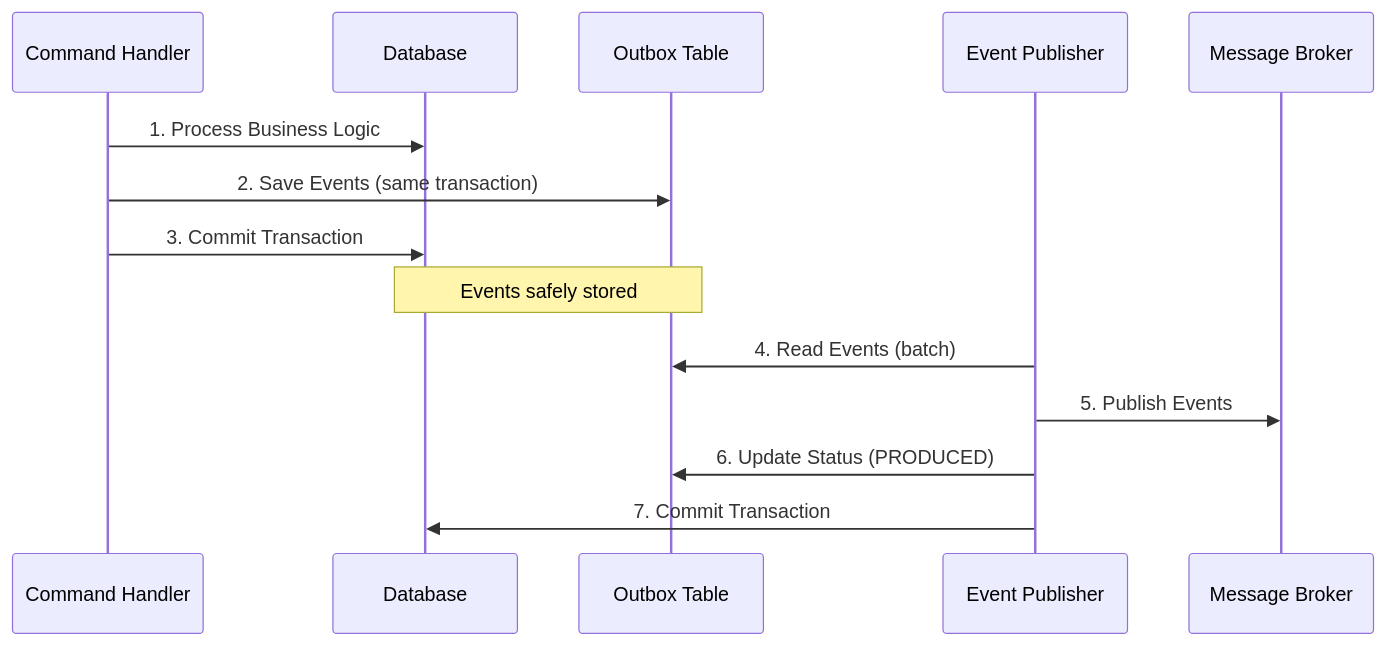
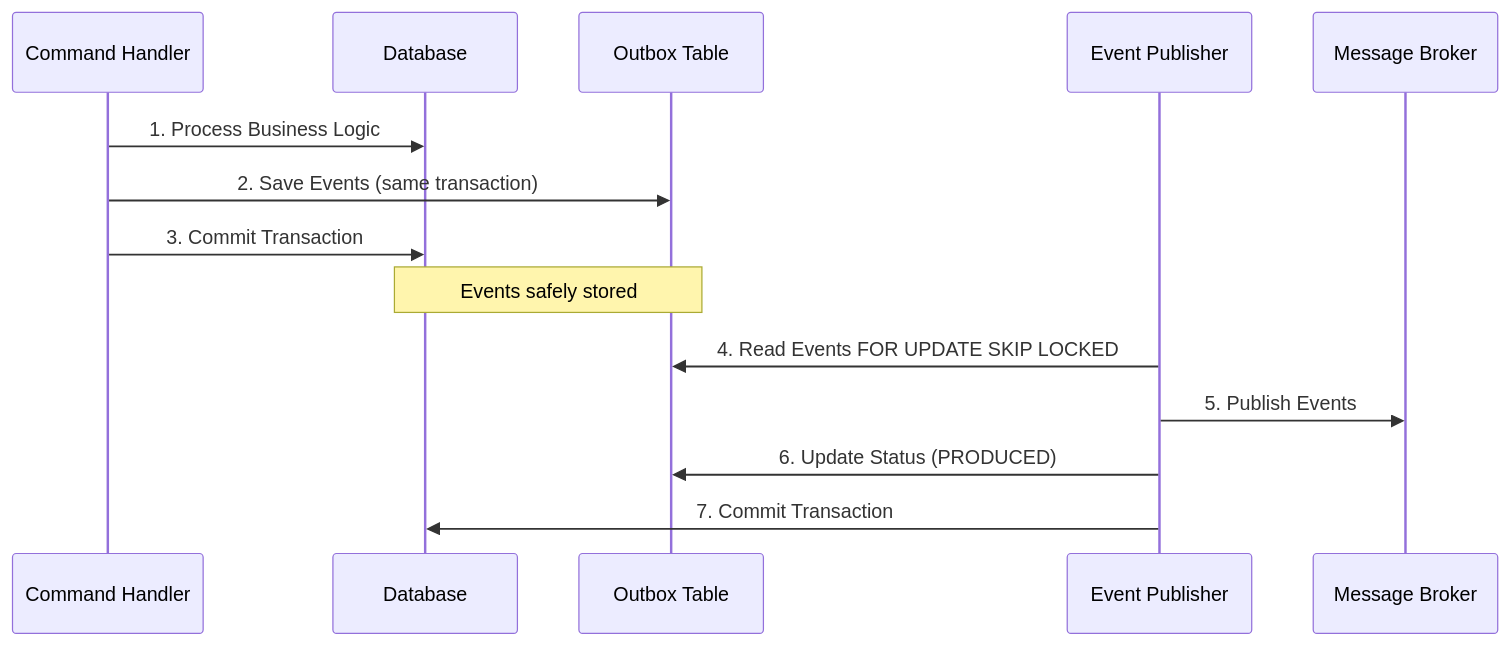
One commit to pypatterns/python-cqrs-mkdocs changed the third of 4 diagrams in docs/outbox/index.md. Above: the diagram before and after it, drawn with Mermaid. The commit also changed other lines of this file and 5 other files, not shown here.

First line of the commit message:
docs: describe the outbox batch row lock

````diff
--- a/docs/outbox/index.md
+++ b/docs/outbox/index.md
@@ -109,18 +109,18 @@
 ```mermaid
 sequenceDiagram
     participant Handler as Command Handler
     participant DB as Database
     participant Outbox as Outbox Table
     participant Publisher as Event Publisher
     participant Broker as Message Broker
 
     Handler->>DB: 1. Process Business Logic
     Handler->>Outbox: 2. Save Events (same transaction)
     Handler->>DB: 3. Commit Transaction
     Note over DB,Outbox: Events safely stored
     
-    Publisher->>Outbox: 4. Read Events (batch)
+    Publisher->>Outbox: 4. Read Events FOR UPDATE SKIP LOCKED
     Publisher->>Broker: 5. Publish Events
     Publisher->>Outbox: 6. Update Status (PRODUCED)
     Publisher->>DB: 7. Commit Transaction
 ```
````
